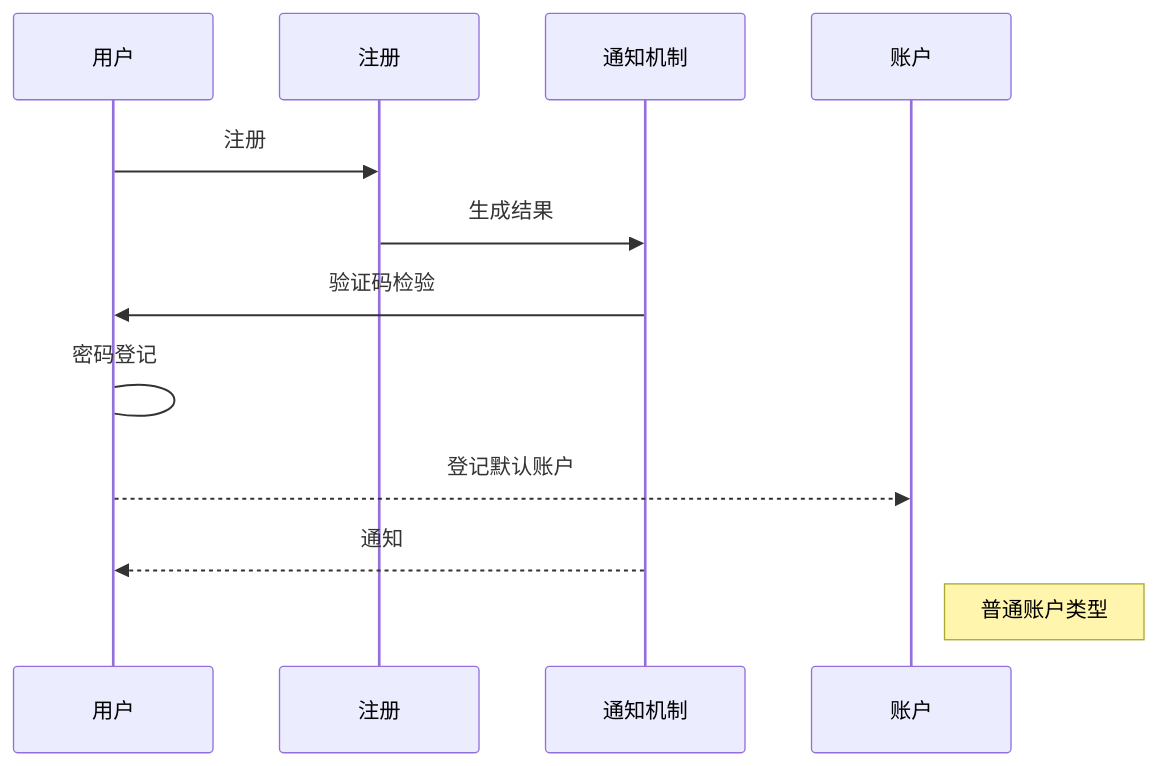
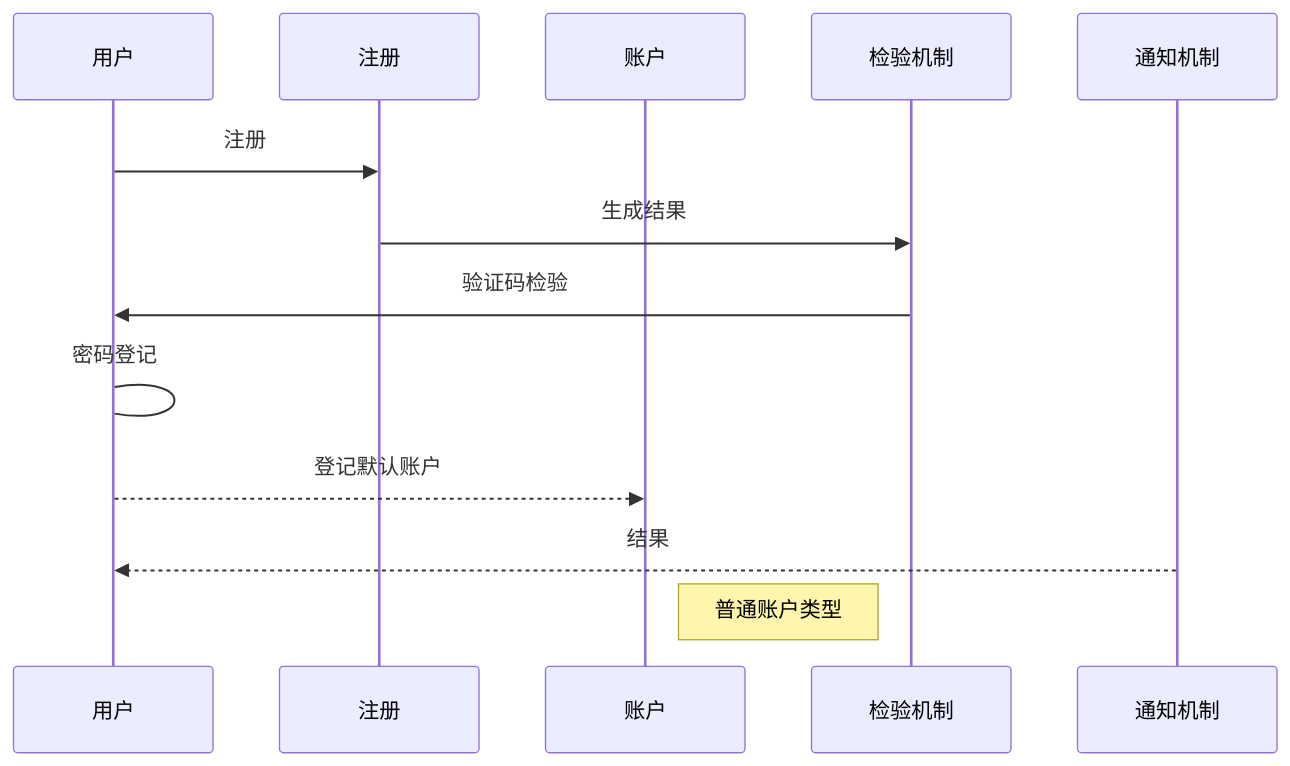
The tenth of 22 diagrams in Readme.md (neomaclin/designdoc), drawn with Mermaid before and after one commit. The commit also changed other lines of this file and 3 other files, not shown here.

````diff
--- a/Readme.md
+++ b/Readme.md
@@ -55,17 +156,19 @@
 ```mermaid
 
 sequenceDiagram
     participant u as 用户
     participant r as 注册
+    participant a as 账户
+    participant c as 检验机制
     participant n as 通知机制
-    participant a as 账户
+    
 
     u ->> r: 注册
-    r ->> n: 生成结果
-    n ->>u: 验证码检验
+    r ->> c: 生成结果
+    c ->>u: 验证码检验
     u ->u: 密码登记
     u -->>a: 登记默认账户
-    n -->>u: 通知
+    n -->>u: 结果
     Note right of a: 普通账户类型
 
 ```
````
